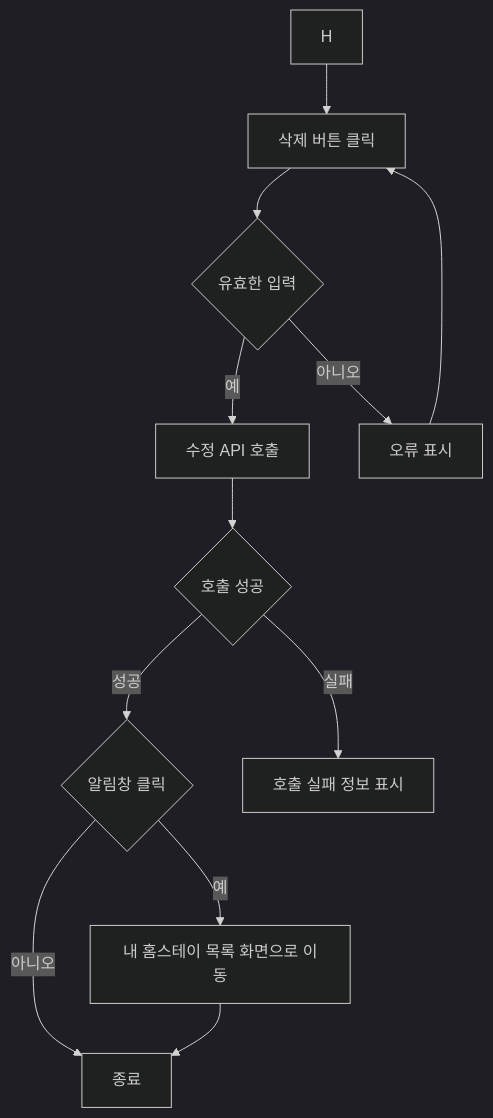
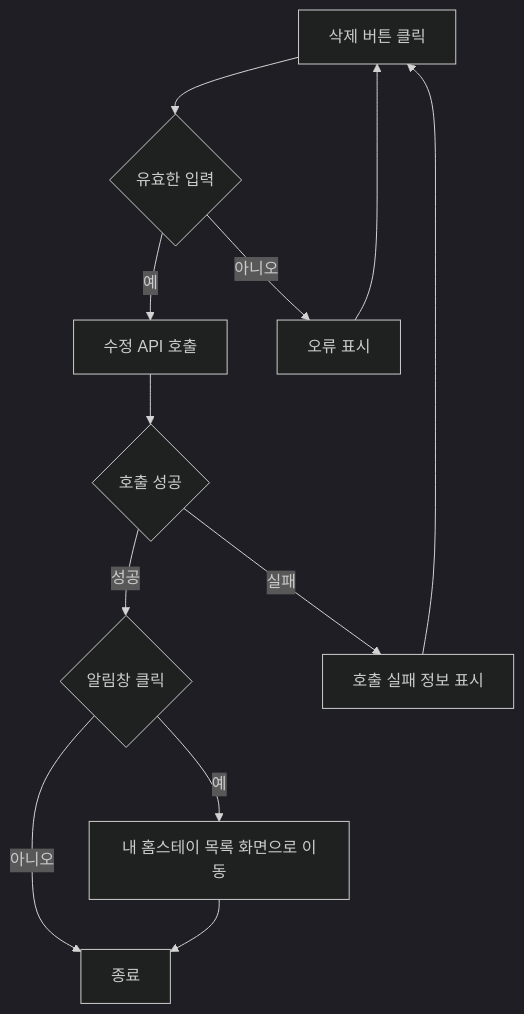
The fifth of 6 diagrams in design/기능정의서.md (red-dev-Mark/devcamp-onboarding-project-Team-2), drawn with Mermaid (dark theme) before and after one commit.

````diff
--- a/design/기능정의서.md
+++ b/design/기능정의서.md
@@ -138,14 +138,14 @@
 ```mermaid
 flowchart TD
     A[삭제 버튼 클릭] --> B[입력 항목 유효성 검증]
     B{유효한 입력} -- 예 --> C[수정 API 호출]
     B{유효한 입력} -- 아니오 --> D[오류 표시]
     D --> A
     C --> E{호출 성공}
     E -- 성공 --> F[삭제 알림창 표시]
     F{알림창 클릭} -- 예 --> G[내 홈스테이 목록 화면으로 이동]
     F{알림창 클릭} -- 아니오 --> Z[종료]
     E -- 실패 --> J[호출 실패 정보 표시]
-    H --> A
+    J --> A
     G --> Z[종료]
 ```
````
